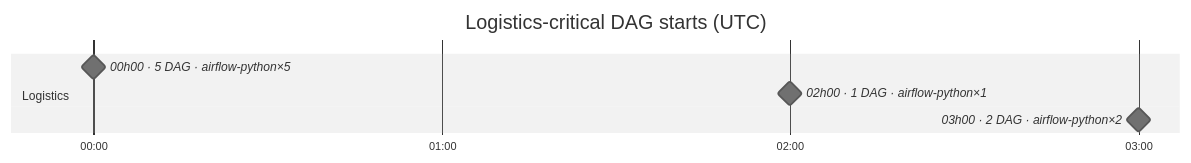
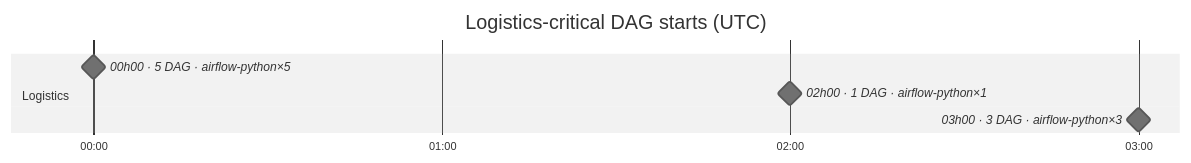
The fourth of 6 diagrams in docs/feature_platform_map.md (DayMarket/ml-feature-platform), drawn with Mermaid (neutral theme) before and after one commit. The commit also changed other lines of this file and 3 other files, not shown here.

````diff
--- a/docs/feature_platform_map.md
+++ b/docs/feature_platform_map.md
@@ -137,11 +138,11 @@
 ```mermaid
 gantt
     title Logistics-critical DAG starts (UTC)
     dateFormat HH:mm
     axisFormat %H:%M
     tickInterval 1hour
     section Logistics
     00h00 · 5 DAG · airflow-python×5 :milestone, s0_0000, 00:00, 0m
     02h00 · 1 DAG · airflow-python×1 :milestone, s0_0120, 02:00, 0m
-    03h00 · 2 DAG · airflow-python×2 :milestone, s0_0180, 03:00, 0m
+    03h00 · 3 DAG · airflow-python×3 :milestone, s0_0180, 03:00, 0m
 ```
````
